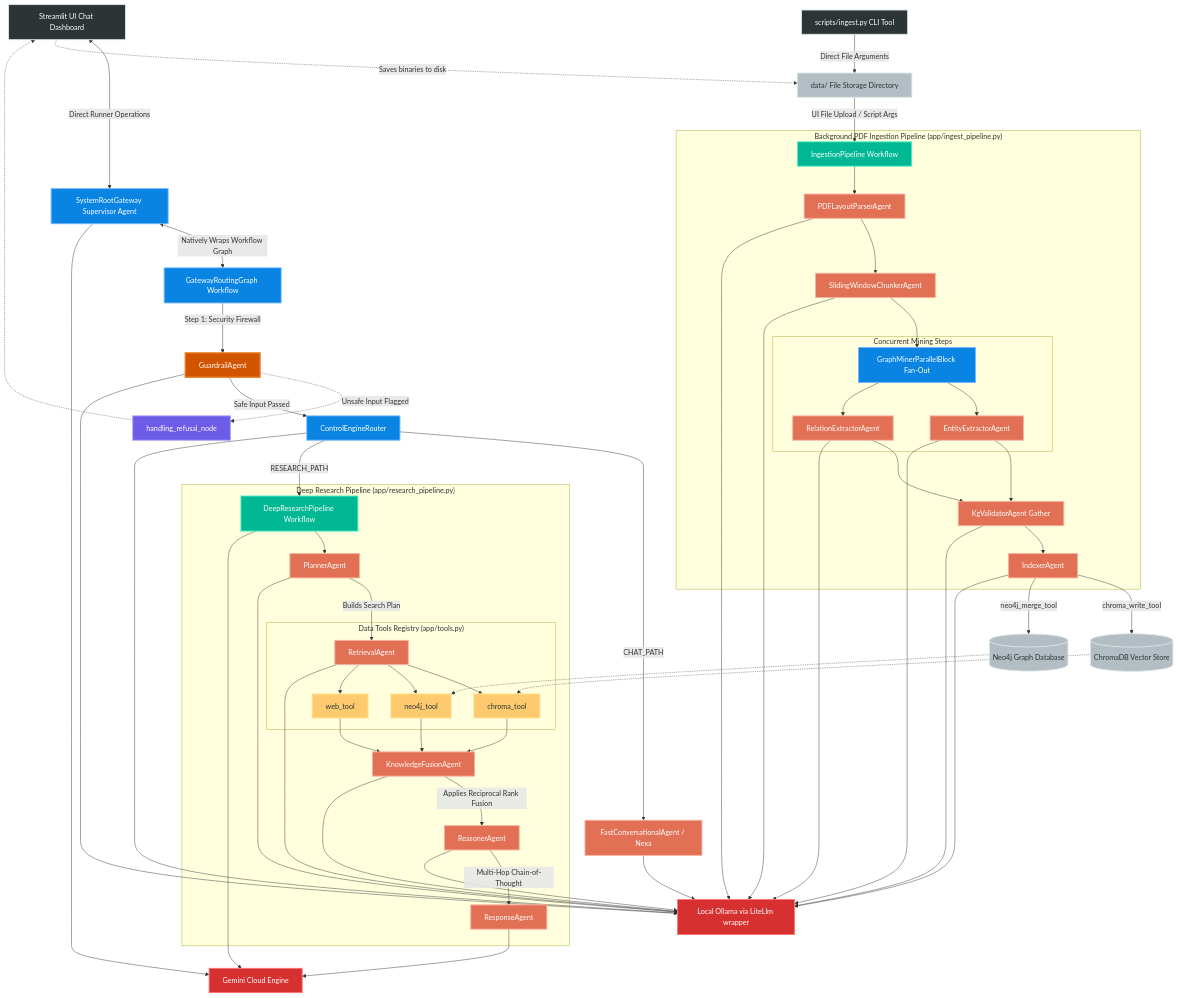
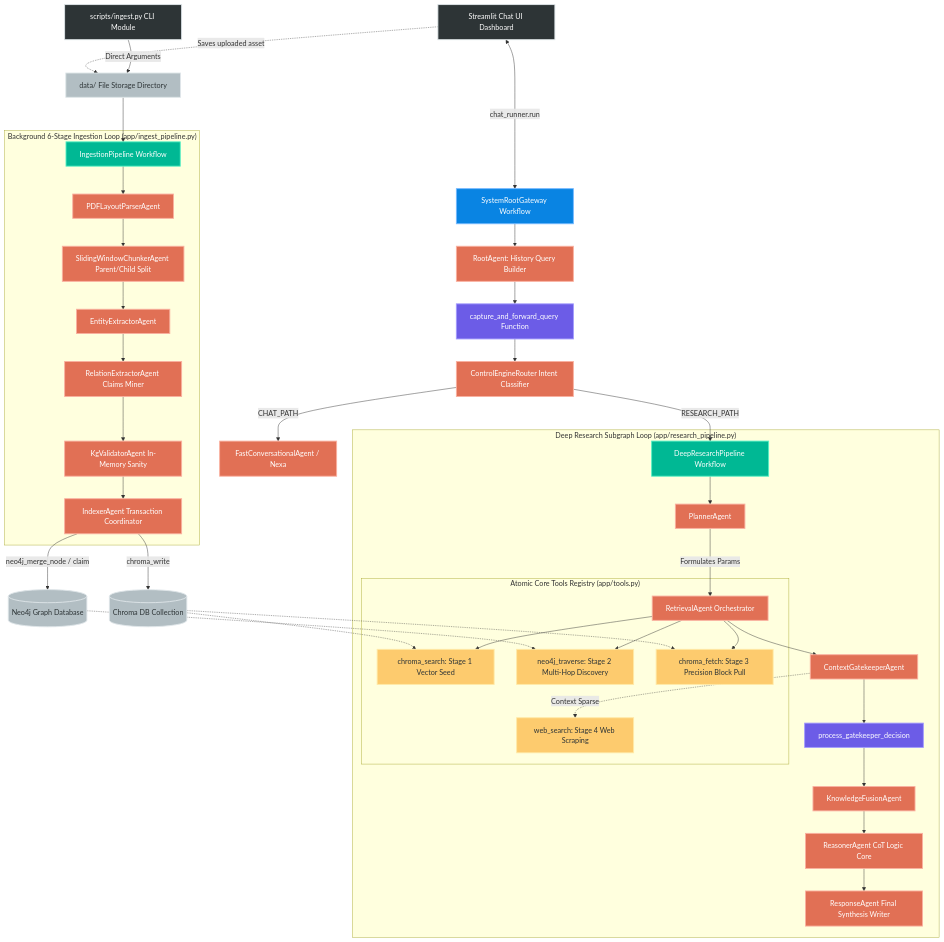
The first of 2 diagrams in README.md (ranapratapmajee/nexusmind-adk), drawn with Mermaid before and after one commit. The commit also changed other lines of this file and 10 other files, not shown here.

Commit message:
architecture fix

````diff
--- a/README.md
+++ b/README.md
@@ -15,79 +35,66 @@
 ```mermaid
 graph TD
     %% Component Style Classes
     classDef client fill:#2d3436,stroke:#dfe6e9,stroke-width:2px,color:#fff;
     classDef orchestrator fill:#0984e3,stroke:#74b9ff,stroke-width:2px,color:#fff;
     classDef control fill:#6c5ce7,stroke:#a29bfe,stroke-width:2px,color:#fff;
     classDef workflow fill:#00b894,stroke:#55efc4,stroke-width:2px,color:#fff;
-    classDef guardrail fill:#d35400,stroke:#e67e22,stroke-width:3px,color:#fff;
     classDef agent fill:#e17055,stroke:#fab1a0,stroke-width:2px,color:#fff;
     classDef tool fill:#fdcb6e,stroke:#ffeaa7,stroke-width:2px,color:#2d3436;
     classDef storage fill:#b2bec3,stroke:#dfe6e9,stroke-width:2px,color:#2d3436;
-    classDef compute fill:#d63031,stroke:#ff7675,stroke-width:2px,color:#fff;
 
-    %% Presentation Layer / Data Entries
-    UI[Streamlit UI Chat Dashboard]:::client <--> |Direct Runner Operations| RootSupervisor[SystemRootGateway Supervisor Agent]:::orchestrator
-    CLI[scripts/ingest.py CLI Tool]:::client --> |Direct File Arguments| DataFolder[data/ File Storage Directory]:::storage
-    UI -.-> |Saves binaries to disk| DataFolder
+    %% Presentation Layer
+    UI[Streamlit Chat UI Dashboard]:::client <--> |chat_runner.run| RootGateway[SystemRootGateway Workflow]:::orchestrator
+    CLI[scripts/ingest.py CLI Module]:::client --> |Direct Arguments| DataFolder[data/ File Storage Directory]:::storage
+    UI -.-> |Saves uploaded asset| DataFolder
 
-    %% Chat Supervisor Route Logic
-    RootSupervisor <--> |Natively Wraps Workflow Graph| InternalGraph[GatewayRoutingGraph Workflow]:::orchestrator
-    InternalGraph --> |Step 1: Security Firewall| GuardrailAgent[GuardrailAgent]:::guardrail
-    GuardrailAgent -.-> |Unsafe Input Flagged| Refusal[handling_refusal_node]:::control
-    Refusal -.-> UI
-
-    GuardrailAgent --> |Safe Input Passed| Router[ControlEngineRouter]:::orchestrator
+    %% Gateway Routing Subsystem
+    RootGateway --> RootAgent[RootAgent: History Query Builder]:::agent
+    RootAgent --> Interceptor[capture_and_forward_query Function]:::control
+    Interceptor --> Router[ControlEngineRouter Intent Classifier]:::agent
+    
     Router --> |CHAT_PATH| FastAgent[FastConversationalAgent / Nexa]:::agent
     Router --> |RESEARCH_PATH| DeepResearch[DeepResearchPipeline Workflow]:::workflow
 
-    %% Ingestion Lane Bypass (Decoupled & File-Driven)
-    DataFolder --> |UI File Upload / Script Args| IngestFlow[IngestionPipeline Workflow]:::workflow
-
-    %% Ingestion Pipeline 
-    subgraph Ingestion_Pipeline ["Background PDF Ingestion Pipeline (app/ingest_pipeline.py)"]
-        IngestFlow --> Parser[PDFLayoutParserAgent]:::agent
-        Parser --> Chunker[SlidingWindowChunkerAgent]:::agent
-        Chunker --> ParallelBlock[GraphMinerParallelBlock Fan-Out]:::orchestrator
+    %% Deep Research Interleaved Loop
+    subgraph Deep_Research_Pipeline ["Deep Research Subgraph Loop (app/research_pipeline.py)"]
+        DeepResearch --> Planner[PlannerAgent]:::agent
+        Planner --> |Formulates Params| Retrieval[RetrievalAgent Orchestrator]:::agent
         
-        subgraph Parallel_Extraction ["Concurrent Mining Steps"]
-            ParallelBlock --> EntityExt[EntityExtractorAgent]:::agent
-            ParallelBlock --> RelExt[RelationExtractorAgent]:::agent
+        %% Atomic Tools
+        subgraph Tool_Registry ["Atomic Core Tools Registry (app/tools.py)"]
+            Retrieval --> T1[chroma_search: Stage 1 Vector Seed]:::tool
+            Retrieval --> T2[neo4j_traverse: Stage 2 Multi-Hop Discovery]:::tool
+            Retrieval --> T3[chroma_fetch: Stage 3 Precision Block Pull]:::tool
+            T4[web_search: Stage 4 Web Scraping]:::tool
         end
         
-        EntityExt --> KGVal[KgValidatorAgent Gather]:::agent
-        RelExt --> KGVal
-        KGVal --> Indexer[IndexerAgent]:::agent
+        Retrieval --> Gatekeeper[ContextGatekeeperAgent]:::agent
+        Gatekeeper -.-> |Context Sparse| T4
+        Gatekeeper --> GateInterceptor[process_gatekeeper_decision]:::control
+        
+        GateInterceptor --> Fusion[KnowledgeFusionAgent]:::agent
+        Fusion --> Reasoner[ReasonerAgent CoT Logic Core]:::agent
+        Reasoner --> Responder[ResponseAgent Final Synthesis Writer]:::agent
     end
 
-    %% Adaptive Runtime Multi-Agent Pipeline
-    subgraph Reasoning_Pipeline ["Deep Research Pipeline (app/research_pipeline.py)"]
-        DeepResearch --> Planner[PlannerAgent]:::agent
-        Planner --> |Builds Search Plan| Retrieval[RetrievalAgent]:::agent
-        
-        %% Tool Registry
-        subgraph ADK_Tool_Registry ["Data Tools Registry (app/tools.py)"]
-            Retrieval --> CTool[chroma_tool]:::tool
-            Retrieval --> NTool[neo4j_tool]:::tool
-            Retrieval --> WTool[web_tool]:::tool
-        end
-        
-        CTool --> Fusion[KnowledgeFusionAgent]:::agent
-        NTool --> Fusion
-        WTool --> Fusion
-        
-        Fusion --> |Applies Reciprocal Rank Fusion| Reasoner[ReasonerAgent]:::agent
-        Reasoner --> |Multi-Hop Chain-of-Thought| Responder[ResponseAgent]:::agent
+    %% Ingestion Lane Setup
+    DataFolder --> IngestWorkflow[IngestionPipeline Workflow]:::workflow
+    
+    subgraph Ingestion_Pipeline ["Background 6-Stage Ingestion Loop (app/ingest_pipeline.py)"]
+        IngestWorkflow --> Parser[PDFLayoutParserAgent]:::agent
+        Parser --> Chunker[SlidingWindowChunkerAgent Parent/Child Split]:::agent
+        Chunker --> EntityExt[EntityExtractorAgent]:::agent
+        EntityExt --> RelExt[RelationExtractorAgent Claims Miner]:::agent
+        RelExt --> KGVal[KgValidatorAgent In-Memory Sanity]:::agent
+        KGVal --> Indexer[IndexerAgent Transaction Coordinator]:::agent
     end
 
-    %% Storage Topology
-    Indexer --> |chroma_write_tool| Chroma[(ChromaDB Vector Store)]:::storage
-    Indexer --> |neo4j_merge_tool| Neo4j[(Neo4j Graph Database)]:::storage
+    %% Storage Hooks
+    Indexer --> |chroma_write| ChromaStore[(Chroma DB Collection)]:::storage
+    Indexer --> |neo4j_merge_node / claim| Neo4jStore[(Neo4j Graph Database)]:::storage
     
-    Neo4j -.-> NTool
-    Chroma -.-> CTool
-
-    %% Unified Compute Targets
-    FastAgent & GuardrailAgent & Router & Parser & Chunker & EntityExt & RelExt & KGVal & Indexer & Planner & Retrieval & Fusion & Reasoner --> LocalOllama[Local Ollama via LiteLlm wrapper]:::compute
-    DeepResearch & Responder & RootSupervisor --> GeminiCloud[Gemini Cloud Engine]:::compute
+    ChromaStore -.-> T1 & T3
+    Neo4jStore -.-> T2
 
 ```
````
